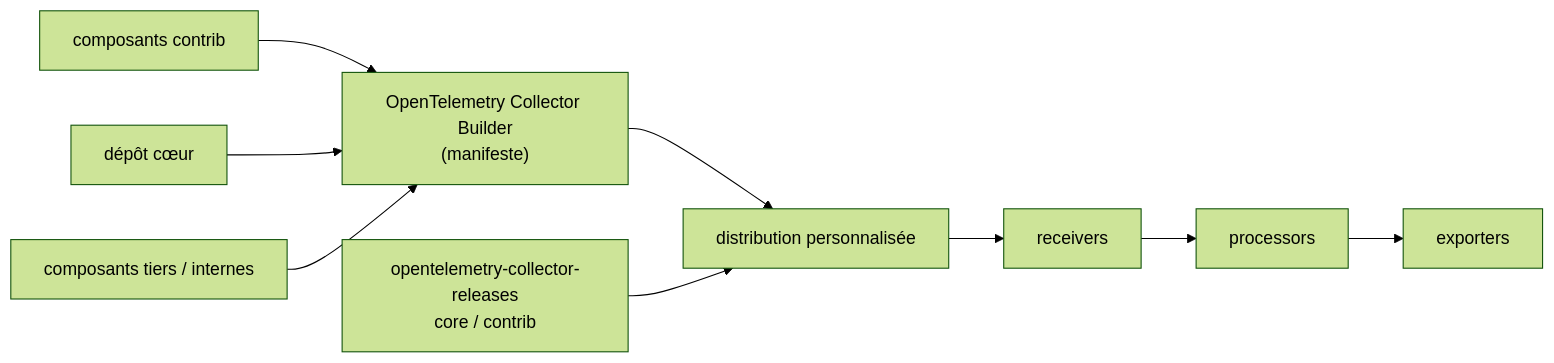
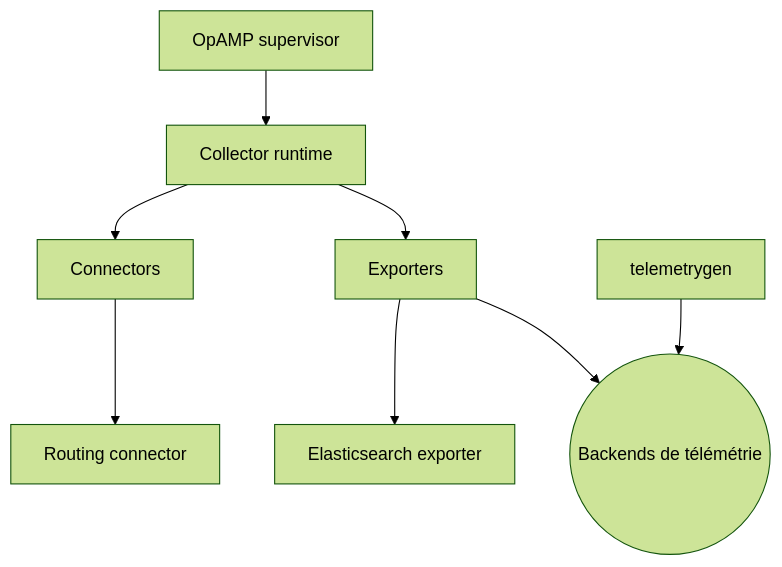
The diagram in veille/.data/fiches/open-telemetry__opentelemetry-collector-contrib.md (floSa/Veille-Repo), drawn with Mermaid (forest theme) before and after one commit. The commit also changed other lines of this file and 1330 other files, not shown here.

First line of the commit message:
Mise à jour du catalogue : 7723 fiches, 7291 diagrammes

````diff
--- a/veille/.data/fiches/open-telemetry__opentelemetry-collector-contrib.md
+++ b/veille/.data/fiches/open-telemetry__opentelemetry-collector-contrib.md
@@ -35,11 +27,10 @@
 ```mermaid
-flowchart LR
-    CONTRIB["composants contrib"] --> OCB["OpenTelemetry Collector Builder<br/>(manifeste)"]
-    CORE["dépôt cœur"] --> OCB
-    TIERS["composants tiers / internes"] --> OCB
-    OCB --> DIST["distribution personnalisée"]
-    DIST --> RCV["receivers"]
-    RCV --> PROC["processors"]
-    PROC --> EXP["exporters"]
-    REL["opentelemetry-collector-releases<br/>core / contrib"] --> DIST
+flowchart TD
+  coll["Collector runtime"] --> conn["Connectors"]
+  coll --> exp["Exporters"]
+  conn --> route["Routing connector"]
+  exp --> es["Elasticsearch exporter"]
+  exp --> back(("Backends de télémétrie"))
+  gen["telemetrygen"] --> back
+  sup["OpAMP supervisor"] --> coll
 ```
````
